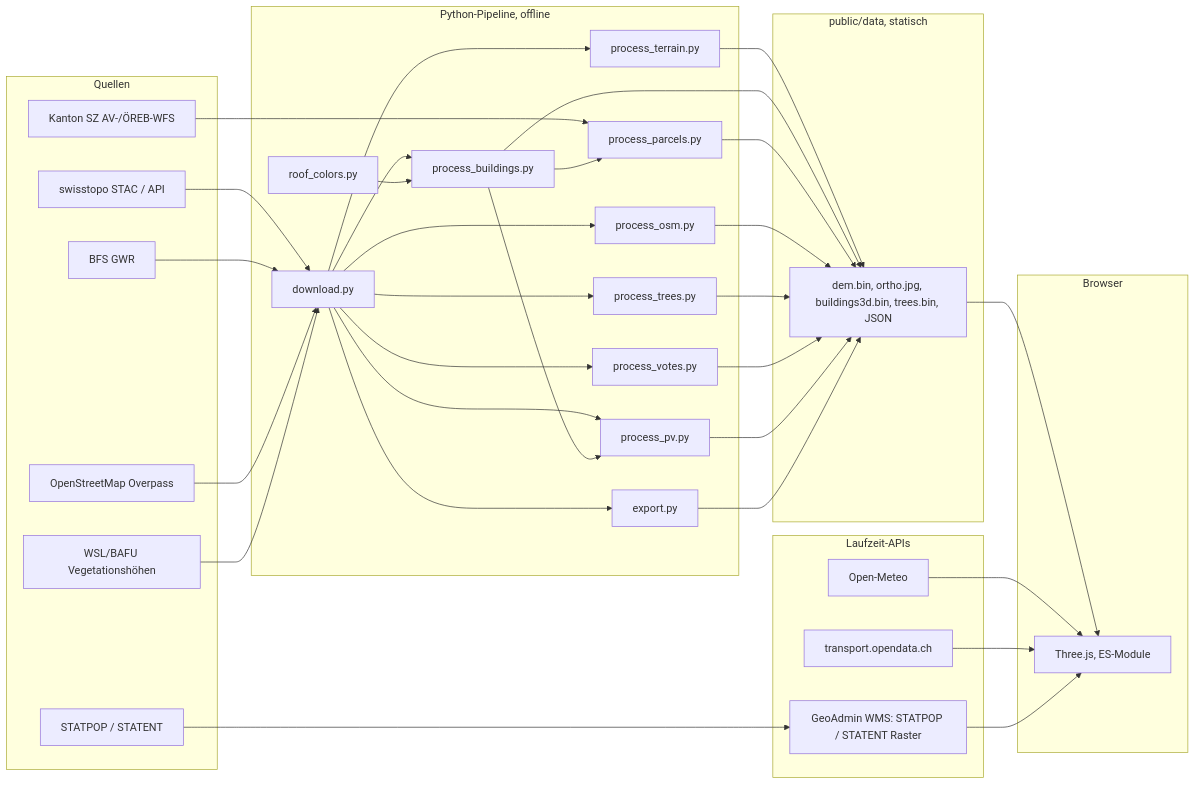
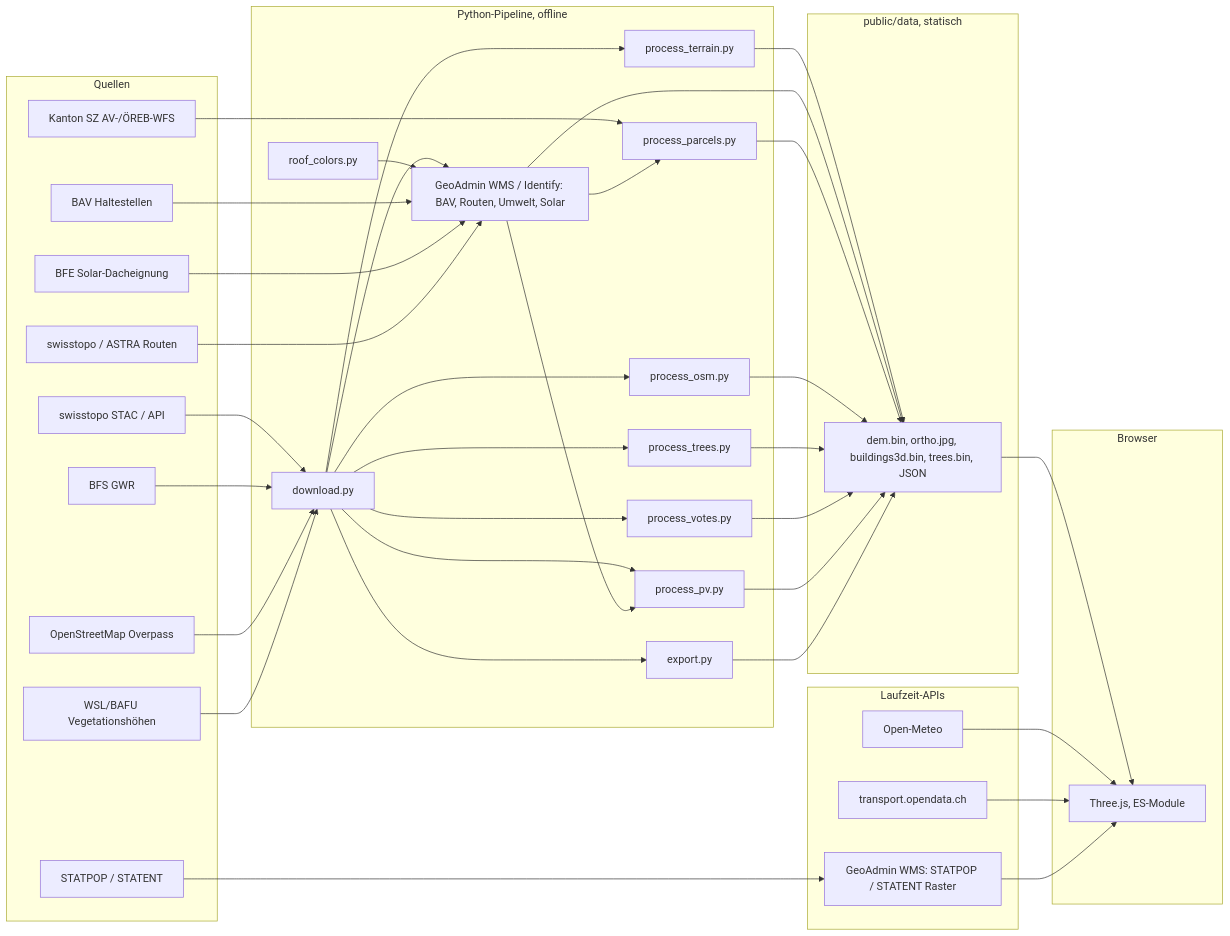
The diagram in docs/architecture.md (Zimphi75/brunnen-3d), drawn with Mermaid before and after one commit. The commit also changed other lines of this file and 17 other files, not shown here.

````diff
--- a/docs/architecture.md
+++ b/docs/architecture.md
@@ -5,49 +5,56 @@
 ```mermaid
 flowchart LR
   subgraph Quellen
     S[swisstopo STAC / API]
     B[BFS GWR]
     ST[STATPOP / STATENT]
     A[Kanton SZ AV-/ÖREB-WFS]
     O[OpenStreetMap Overpass]
     V[WSL/BAFU Vegetationshöhen]
+    BAV[BAV Haltestellen]
+    SOL[BFE Solar-Dacheignung]
+    ROUTES[swisstopo / ASTRA Routen]
   end
   subgraph Pipeline[Python-Pipeline, offline]
     D[download.py]
     T[process_terrain.py]
     G[process_buildings.py]
     P[process_parcels.py]
     M[process_osm.py]
     R[process_trees.py]
     Q[process_votes.py]
     PV[process_pv.py]
     C[roof_colors.py]
     E[export.py]
   end
   subgraph Daten[public/data, statisch]
     F[dem.bin, ortho.jpg, buildings3d.bin, trees.bin, JSON]
   end
   subgraph Browser
     JS[Three.js, ES-Module]
   end
   subgraph Laufzeit-APIs
     W[Open-Meteo]
     OTD[transport.opendata.ch]
     DW[GeoAdmin WMS: STATPOP / STATENT Raster]
+    G[GeoAdmin WMS / Identify: BAV, Routen, Umwelt, Solar]
   end
   S --> D
   B --> D
   A --> P
   O --> D
   V --> D
   D --> T & G & M & R & Q & PV & E
   C --> G
   G --> PV
   G --> P
   T & G & P & M & R & Q & PV & E --> F
   F --> JS
   W --> JS
   OTD --> JS
   DW --> JS
   ST --> DW
+  BAV --> G
+  SOL --> G
+  ROUTES --> G
 ```
````
